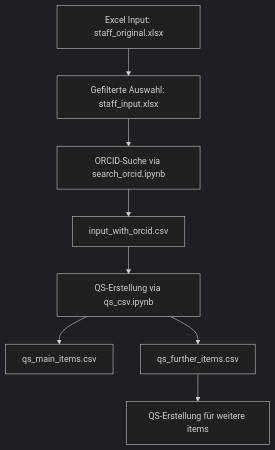
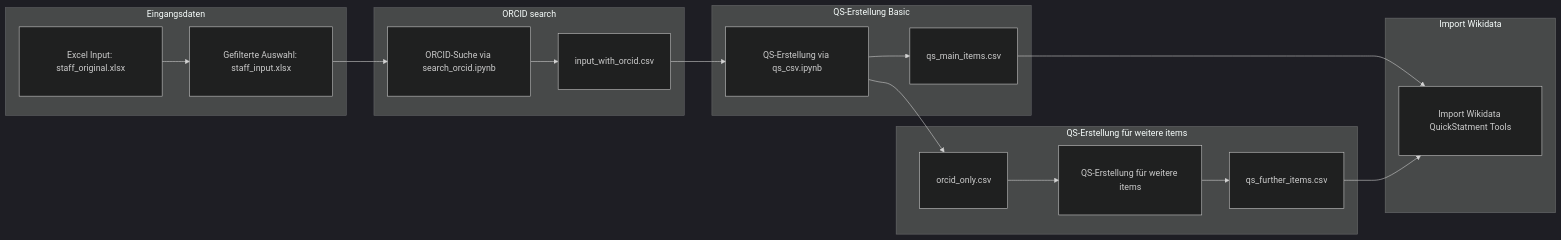
The diagram in pipeline.mmd (47414e/dis18_project_wikidata_nfdi), drawn with Mermaid (dark theme) before and after one commit. The commit also changed 6 other files, not shown here.

```diff
--- a/pipeline.mmd
+++ b/pipeline.mmd
@@ -1,8 +1,23 @@
-flowchart TD
-    A[Excel Input: staff_original.xlsx] --> B[Gefilterte Auswahl: staff_input.xlsx]
-    B --> C[ORCID-Suche via search_orcid.ipynb]
-    C --> D[input_with_orcid.csv]
-    D --> E[QS-Erstellung via qs_csv.ipynb]
-    E --> F[qs_main_items.csv]
-    E --> G[qs_further_items.csv]
-    G --> H[QS-Erstellung für weitere items]
+flowchart LR
+    subgraph Eingangsdaten
+        A[<br>Excel Input: staff_original.xlsx<br><br>] --> B[<br>Gefilterte Auswahl: staff_input.xlsx<br><br>]
+    end
+    subgraph ORCID search
+        B --> C[<br>ORCID-Suche via search_orcid.ipynb<br><br>]
+        C --> D[<br>input_with_orcid.csv<br><br>]
+    end
+    subgraph QS-Erstellung Basic
+        D --> E[<br>QS-Erstellung via qs_csv.ipynb<br><br>]
+        E --> L[<br>qs_main_items.csv<br><br>]
+
+    end
+    subgraph QS-Erstellung für weitere items
+        E --> M[<br>orcid_only.csv<br><br>]
+        M --> N[<br>QS-Erstellung für weitere items<br><br>]
+        N --> O[<br>qs_further_items.csv<br><br>]
+    end
+    subgraph Import Wikidata
+        P[<br>Import Wikidata QuickStatment Tools<br><br>]
+        L --> P
+        O --> P
+    end
```
